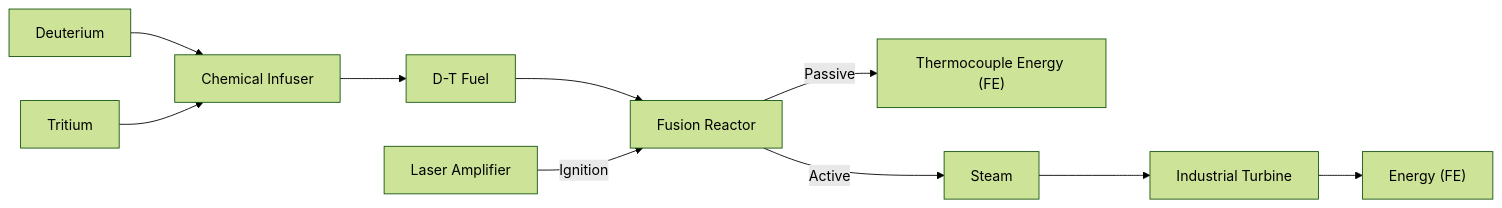
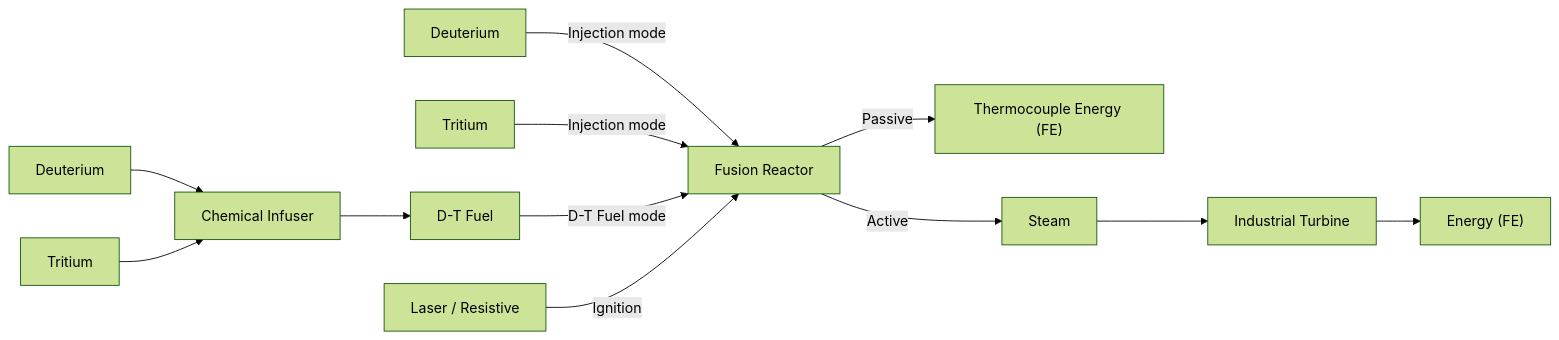
One commit to Kiwifan1/Kiwifan1.github.io changed the first of 3 diagrams in docs/mekanism/fusion-reactor-planner.md. Above: the diagram before and after it, drawn with Mermaid (forest theme). The commit also changed other lines of this file and 2 other files, not shown here.

Commit message:
Fix all three docs: evaporation vanilla constants, SPS hardware caps, fusion D-T mode + ignition

````diff
--- a/docs/mekanism/fusion-reactor-planner.md
+++ b/docs/mekanism/fusion-reactor-planner.md
@@ -7,12 +7,14 @@
 ```mermaid
 flowchart LR
-    D["Deuterium"] --> CI["Chemical Infuser"]
-    T["Tritium"] --> CI
+    D["Deuterium"] -->|"Injection mode"| FR
+    T["Tritium"] -->|"Injection mode"| FR
+    D2["Deuterium"] --> CI["Chemical Infuser"]
+    T2["Tritium"] --> CI
     CI --> F["D-T Fuel"]
-    F --> FR["Fusion Reactor"]
-    L["Laser Amplifier"] -->|"Ignition"| FR
+    F -->|"D-T Fuel mode"| FR["Fusion Reactor"]
+    L["Laser / Resistive"] -->|"Ignition"| FR
     FR -->|"Passive"| TC["Thermocouple Energy (FE)"]
     FR -->|"Active"| S["Steam"]
     S --> TU["Industrial Turbine"]
     TU --> E["Energy (FE)"]
 ```
````
